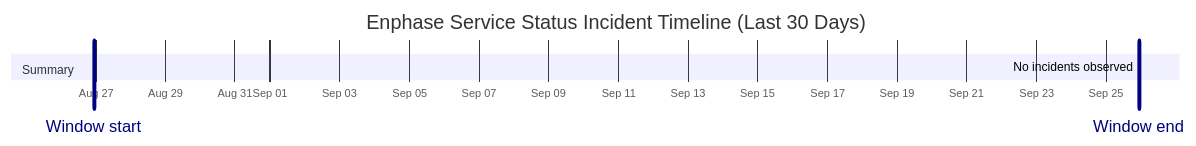
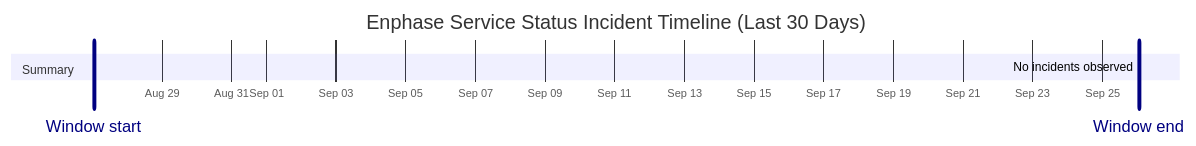
Before and after one commit to barneyonline/ha-enphase-energy: the diagram in wiki/Service-Status-History.md, drawn with Mermaid. The commit also changed other lines of this file and 3 other files, not shown here.

````diff
--- a/wiki/Service-Status-History.md
+++ b/wiki/Service-Status-History.md
@@ -14,10 +14,10 @@
 ```mermaid
 gantt
     title Enphase Service Status Incident Timeline (Last 30 Days)
     dateFormat  YYYY-MM-DDTHH:mm:ss
     axisFormat  %b %d
-    Window start :vert, window-start, 2026-08-26T22:38:57, 0ms
-    Window end :vert, window-end, 2026-09-25T22:38:57, 0ms
+    Window start :vert, window-start, 2026-08-27T01:11:26, 0ms
+    Window end :vert, window-end, 2026-09-26T01:11:26, 0ms
     section Summary
-    No incidents observed :done, 2026-09-25T22:38:57, 1m
+    No incidents observed :done, 2026-09-26T01:11:26, 1m
 ```
````
